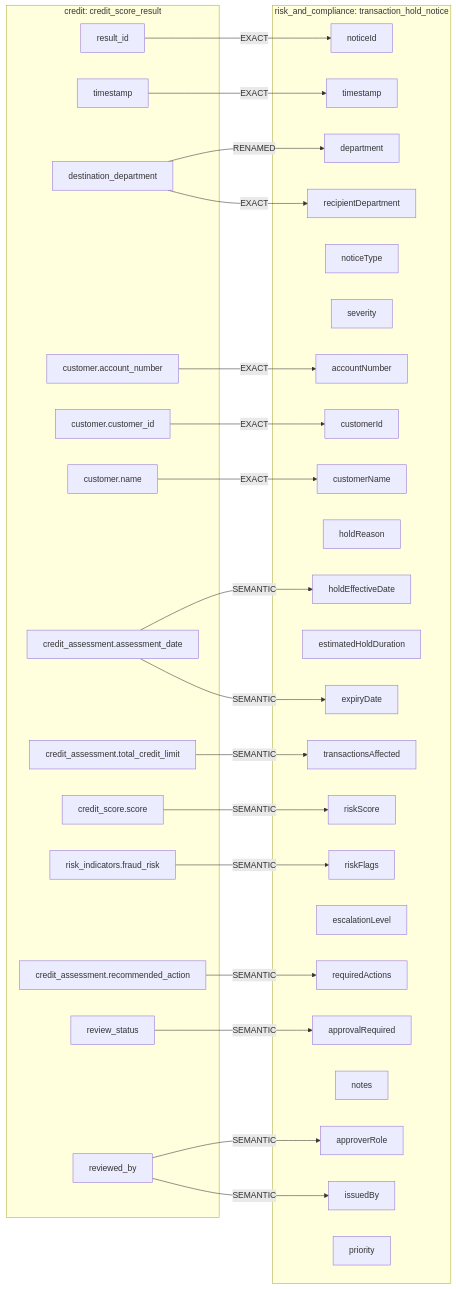
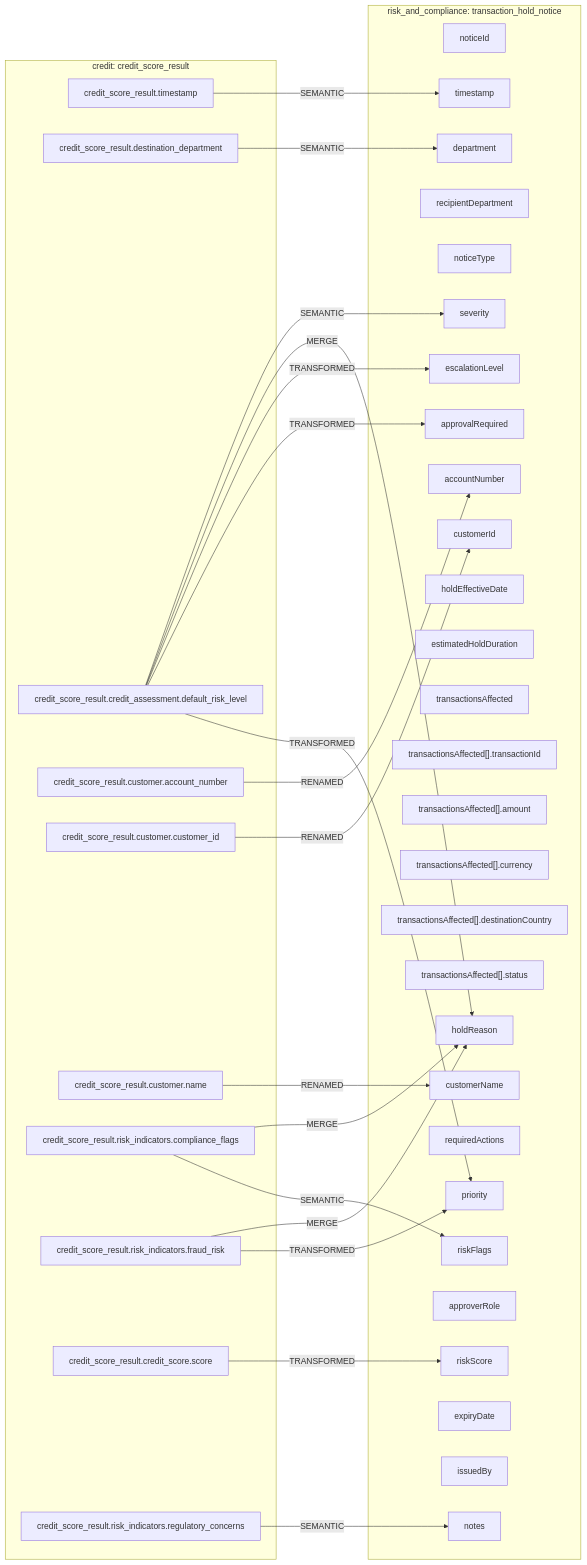
One commit to MAKWilkinson/HSBC-Data-Fabric-PoC-v2 changed the diagram in mermaids/risk_and_compliance/accounts/transaction_hold_notice__from__credit__credit_score_result.mmd. Above: the diagram before and after it, drawn with Mermaid. The commit also changed 447 other files, not shown here.

```diff
--- a/mermaids/risk_and_compliance/accounts/transaction_hold_notice__from__credit__credit_score_result.mmd
+++ b/mermaids/risk_and_compliance/accounts/transaction_hold_notice__from__credit__credit_score_result.mmd
@@ -1,57 +1,59 @@
 flowchart LR
   subgraph IN["credit: credit_score_result"]
-    in_result_id["result_id"]
-    in_timestamp["timestamp"]
-    in_destination_department["destination_department"]
-    in_customer_account_number["customer.account_number"]
-    in_customer_customer_id["customer.customer_id"]
-    in_customer_name["customer.name"]
-    in_credit_assessment_assessment_date["credit_assessment.assessment_date"]
-    in_credit_assessment_total_credit_limit["credit_assessment.total_credit_limit"]
-    in_credit_score_score["credit_score.score"]
-    in_risk_indicators_fraud_risk["risk_indicators.fraud_risk"]
-    in_credit_assessment_recommended_action["credit_assessment.recommended_action"]
-    in_review_status["review_status"]
-    in_reviewed_by["reviewed_by"]
+    in_credit_score_result_timestamp["credit_score_result.timestamp"]
+    in_credit_score_result_destination_department["credit_score_result.destination_department"]
+    in_credit_score_result_credit_assessment_default_risk_level["credit_score_result.credit_assessment.default_risk_level"]
+    in_credit_score_result_customer_account_number["credit_score_result.customer.account_number"]
+    in_credit_score_result_customer_customer_id["credit_score_result.customer.customer_id"]
+    in_credit_score_result_customer_name["credit_score_result.customer.name"]
+    in_credit_score_result_risk_indicators_compliance_flags["credit_score_result.risk_indicators.compliance_flags"]
+    in_credit_score_result_risk_indicators_fraud_risk["credit_score_result.risk_indicators.fraud_risk"]
+    in_credit_score_result_credit_score_score["credit_score_result.credit_score.score"]
+    in_credit_score_result_risk_indicators_regulatory_concerns["credit_score_result.risk_indicators.regulatory_concerns"]
   end
   subgraph OUT["risk_and_compliance: transaction_hold_notice"]
     out_noticeId["noticeId"]
     out_timestamp["timestamp"]
     out_department["department"]
     out_recipientDepartment["recipientDepartment"]
     out_noticeType["noticeType"]
     out_severity["severity"]
     out_accountNumber["accountNumber"]
     out_customerId["customerId"]
     out_customerName["customerName"]
     out_holdReason["holdReason"]
     out_holdEffectiveDate["holdEffectiveDate"]
     out_estimatedHoldDuration["estimatedHoldDuration"]
     out_transactionsAffected["transactionsAffected"]
+    out_transactionsAffected___transactionId["transactionsAffected[].transactionId"]
+    out_transactionsAffected___amount["transactionsAffected[].amount"]
+    out_transactionsAffected___currency["transactionsAffected[].currency"]
+    out_transactionsAffected___destinationCountry["transactionsAffected[].destinationCountry"]
+    out_transactionsAffected___status["transactionsAffected[].status"]
     out_riskScore["riskScore"]
     out_riskFlags["riskFlags"]
     out_requiredActions["requiredActions"]
     out_escalationLevel["escalationLevel"]
     out_approvalRequired["approvalRequired"]
     out_approverRole["approverRole"]
     out_notes["notes"]
     out_expiryDate["expiryDate"]
     out_issuedBy["issuedBy"]
     out_priority["priority"]
   end
-  in_result_id -->|EXACT| out_noticeId
-  in_timestamp -->|EXACT| out_timestamp
-  in_destination_department -->|RENAMED| out_department
-  in_destination_department -->|EXACT| out_recipientDepartment
-  in_customer_account_number -->|EXACT| out_accountNumber
-  in_customer_customer_id -->|EXACT| out_customerId
-  in_customer_name -->|EXACT| out_customerName
-  in_credit_assessment_assessment_date -->|SEMANTIC| out_holdEffectiveDate
-  in_credit_assessment_total_credit_limit -->|SEMANTIC| out_transactionsAffected
-  in_credit_score_score -->|SEMANTIC| out_riskScore
-  in_risk_indicators_fraud_risk -->|SEMANTIC| out_riskFlags
-  in_credit_assessment_recommended_action -->|SEMANTIC| out_requiredActions
-  in_review_status -->|SEMANTIC| out_approvalRequired
-  in_reviewed_by -->|SEMANTIC| out_approverRole
-  in_credit_assessment_assessment_date -->|SEMANTIC| out_expiryDate
-  in_reviewed_by -->|SEMANTIC| out_issuedBy
+  in_credit_score_result_timestamp -->|SEMANTIC| out_timestamp
+  in_credit_score_result_destination_department -->|SEMANTIC| out_department
+  in_credit_score_result_credit_assessment_default_risk_level -->|SEMANTIC| out_severity
+  in_credit_score_result_customer_account_number -->|RENAMED| out_accountNumber
+  in_credit_score_result_customer_customer_id -->|RENAMED| out_customerId
+  in_credit_score_result_customer_name -->|RENAMED| out_customerName
+  in_credit_score_result_risk_indicators_compliance_flags -->|MERGE| out_holdReason
+  in_credit_score_result_credit_assessment_default_risk_level -->|MERGE| out_holdReason
+  in_credit_score_result_risk_indicators_fraud_risk -->|MERGE| out_holdReason
+  in_credit_score_result_credit_score_score -->|TRANSFORMED| out_riskScore
+  in_credit_score_result_risk_indicators_compliance_flags -->|SEMANTIC| out_riskFlags
+  in_credit_score_result_credit_assessment_default_risk_level -->|TRANSFORMED| out_escalationLevel
+  in_credit_score_result_credit_assessment_default_risk_level -->|TRANSFORMED| out_approvalRequired
+  in_credit_score_result_risk_indicators_regulatory_concerns -->|SEMANTIC| out_notes
+  in_credit_score_result_credit_assessment_default_risk_level -->|TRANSFORMED| out_priority
+  in_credit_score_result_risk_indicators_fraud_risk -->|TRANSFORMED| out_priority
```
